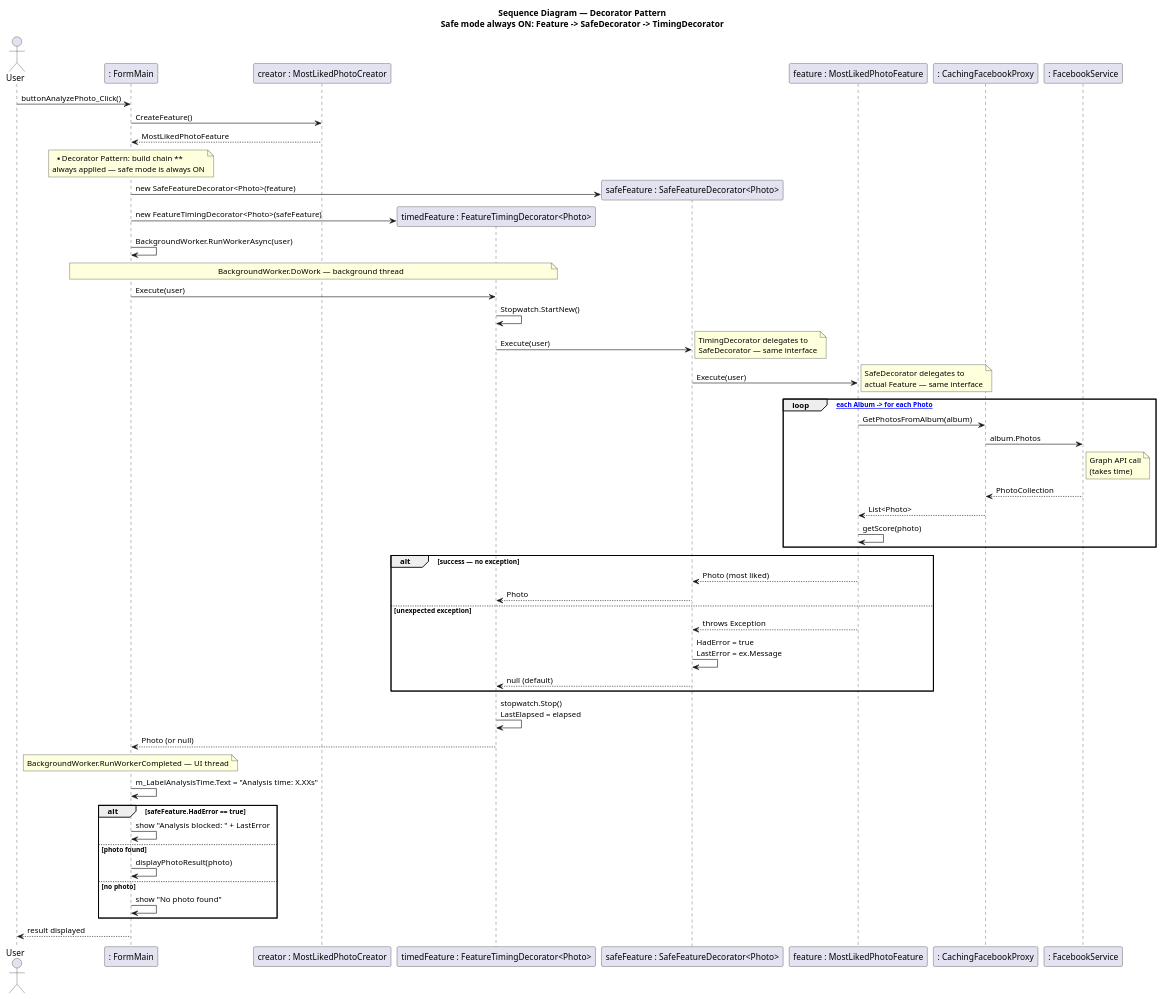
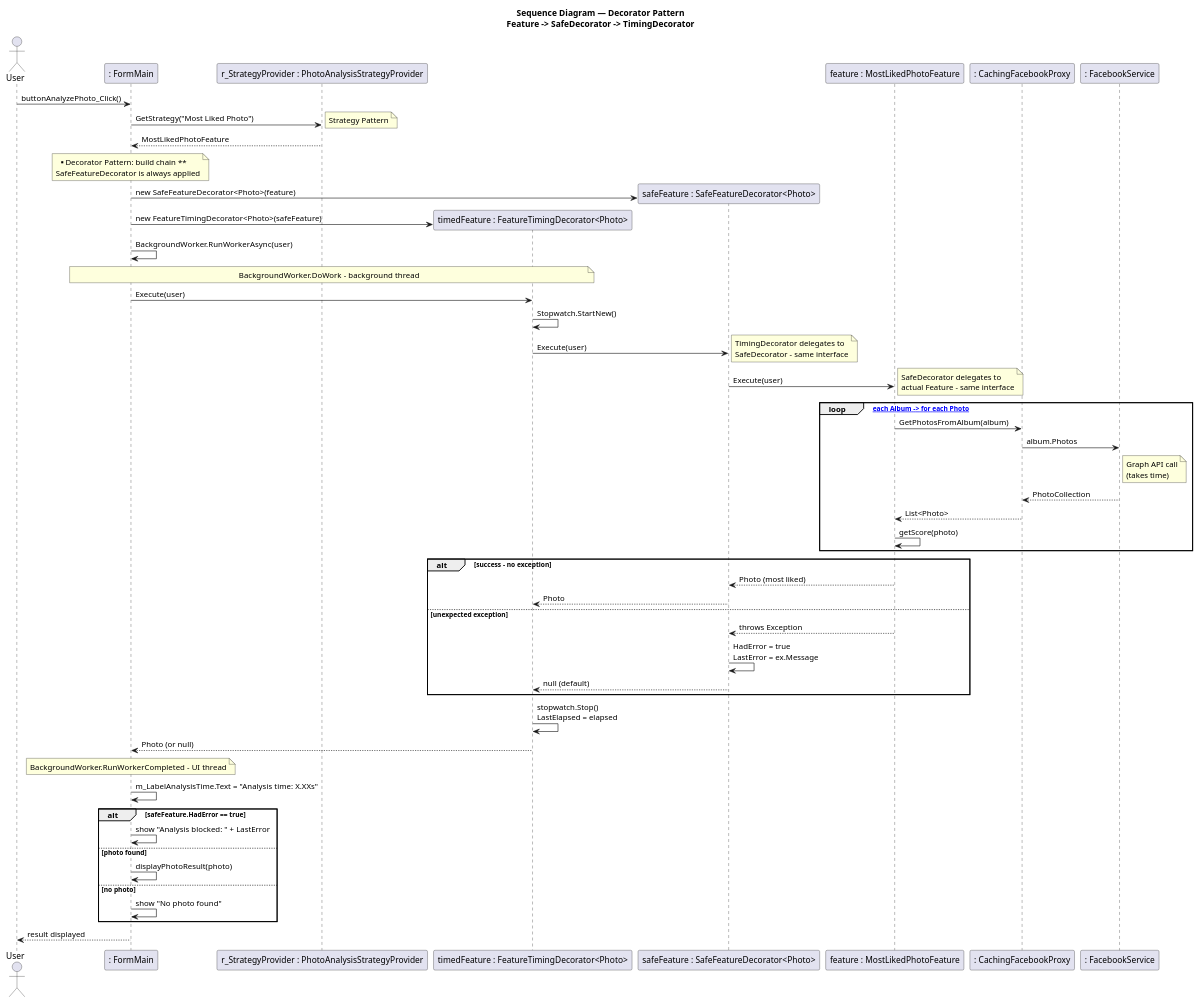
The diagram in Project3/B26 Ex03 LotemKimchi 318173481 ShaniSalomon 208573683 NEW/uml/Decorator_SequenceDiagram.puml (LotemKimchi/Application-Programming-Using-Design-Patterns), drawn with PlantUML before and after one commit. The commit also changed 12 other files, not shown here.

First line of the commit message:
Replace Factory Method with Strategy pattern per Ex02 review feedback

```diff
--- a/Project3/B26 Ex03 LotemKimchi 318173481 ShaniSalomon 208573683 NEW/uml/Decorator_SequenceDiagram.puml
+++ b/Project3/B26 Ex03 LotemKimchi 318173481 ShaniSalomon 208573683 NEW/uml/Decorator_SequenceDiagram.puml
@@ -1,80 +1,81 @@
 @startuml
-title Sequence Diagram — Decorator Pattern\nSafe mode always ON: Feature -> SafeDecorator -> TimingDecorator
+title Sequence Diagram — Decorator Pattern\nFeature -> SafeDecorator -> TimingDecorator
 
 actor User
 participant ": FormMain" as Form
-participant "creator : MostLikedPhotoCreator" as Creator
+participant "r_StrategyProvider : PhotoAnalysisStrategyProvider" as Provider
 participant "timedFeature : FeatureTimingDecorator<Photo>" as TimeDec
 participant "safeFeature : SafeFeatureDecorator<Photo>" as SafeDec
 participant "feature : MostLikedPhotoFeature" as Feature
 participant ": CachingFacebookProxy" as Proxy
 participant ": FacebookService" as FB
 
 User -> Form : buttonAnalyzePhoto_Click()
 
-Form -> Creator : CreateFeature()
-Creator --> Form : MostLikedPhotoFeature
+Form -> Provider : GetStrategy("Most Liked Photo")
+note right : Strategy Pattern
+Provider --> Form : MostLikedPhotoFeature
 
 note over Form
   ** Decorator Pattern: build chain **
-  always applied — safe mode is always ON
+  SafeFeatureDecorator is always applied
 end note
 
 Form -> SafeDec ** : new SafeFeatureDecorator<Photo>(feature)
 Form -> TimeDec ** : new FeatureTimingDecorator<Photo>(safeFeature)
 
 Form -> Form : BackgroundWorker.RunWorkerAsync(user)
 
-note over Form, TimeDec : BackgroundWorker.DoWork — background thread
+note over Form, TimeDec : BackgroundWorker.DoWork - background thread
 
 Form -> TimeDec : Execute(user)
 TimeDec -> TimeDec : Stopwatch.StartNew()
 
 TimeDec -> SafeDec : Execute(user)
 note right
   TimingDecorator delegates to
-  SafeDecorator — same interface
+  SafeDecorator - same interface
 end note
 
 SafeDec -> Feature : Execute(user)
 note right
   SafeDecorator delegates to
-  actual Feature — same interface
+  actual Feature - same interface
 end note
 
 loop [for each Album -> for each Photo]
     Feature -> Proxy : GetPhotosFromAlbum(album)
     Proxy -> FB : album.Photos
     note right of FB : Graph API call\n(takes time)
     FB --> Proxy : PhotoCollection
     Proxy --> Feature : List<Photo>
     Feature -> Feature : getScore(photo)
 end
 
-alt success — no exception
+alt success - no exception
     Feature --> SafeDec : Photo (most liked)
     SafeDec --> TimeDec : Photo
 else unexpected exception
     Feature --> SafeDec : throws Exception
     SafeDec -> SafeDec : HadError = true\nLastError = ex.Message
     SafeDec --> TimeDec : null (default)
 end
 
 TimeDec -> TimeDec : stopwatch.Stop()\nLastElapsed = elapsed
 TimeDec --> Form : Photo (or null)
 
-note over Form : BackgroundWorker.RunWorkerCompleted — UI thread
+note over Form : BackgroundWorker.RunWorkerCompleted - UI thread
 
 Form -> Form : m_LabelAnalysisTime.Text = "Analysis time: X.XXs"
 
 alt safeFeature.HadError == true
     Form -> Form : show "Analysis blocked: " + LastError
 else photo found
     Form -> Form : displayPhotoResult(photo)
 else no photo
     Form -> Form : show "No photo found"
 end
 
 Form --> User : result displayed
 
 @enduml
```
